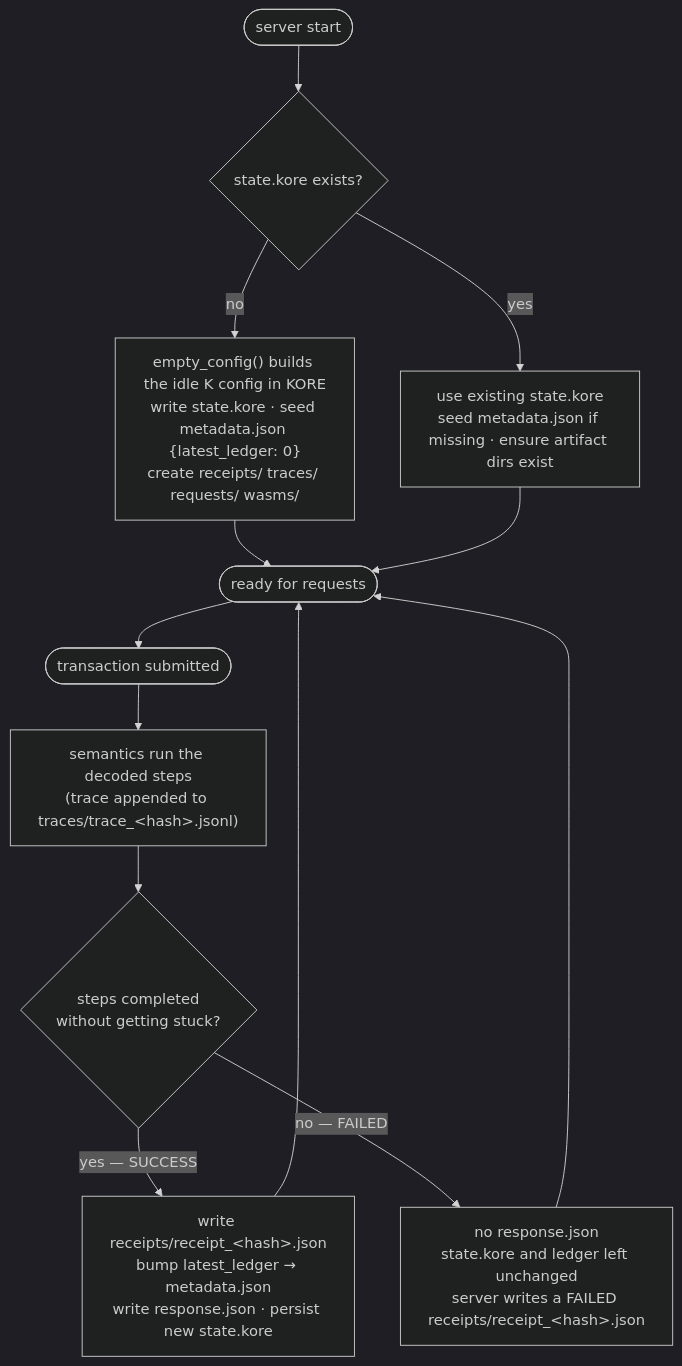
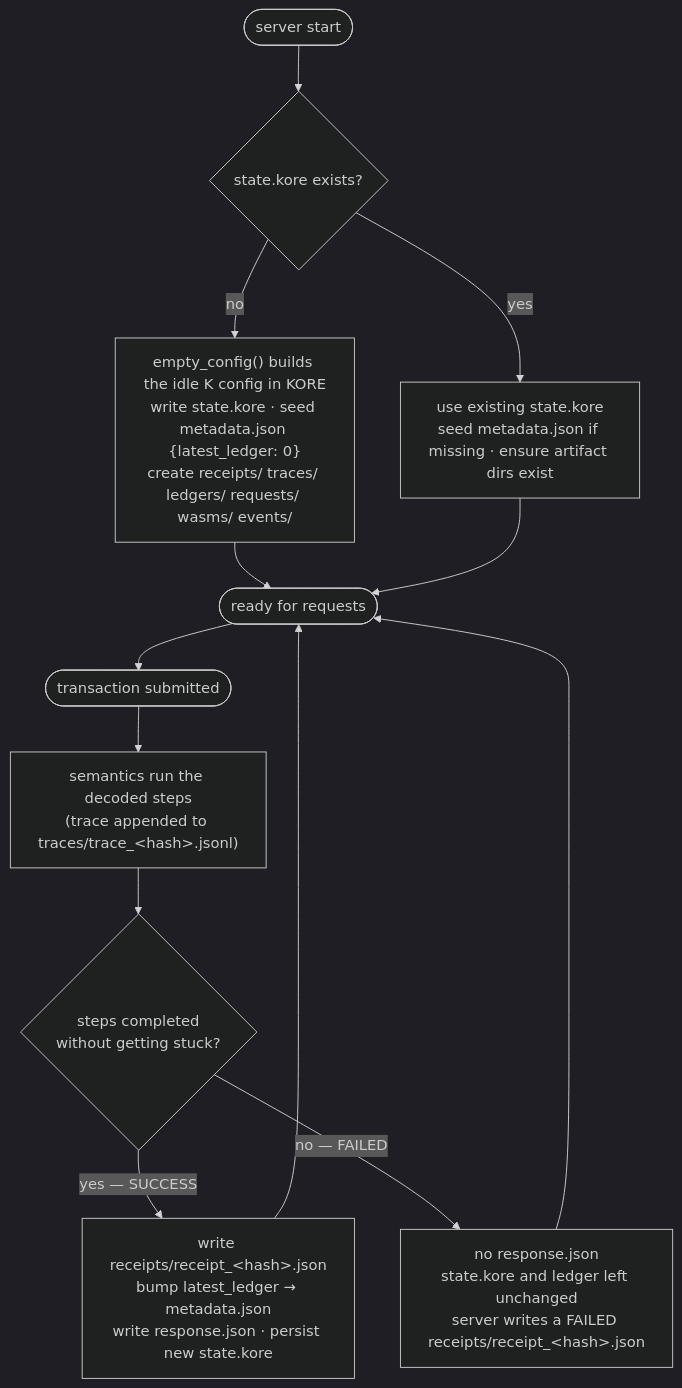
Before and after one commit to runtimeverification/komet-node: the second of 3 diagrams in docs/architecture.md, drawn with Mermaid (dark theme). The commit also changed other lines of this file and 6 other files, not shown here.

````diff
--- a/docs/architecture.md
+++ b/docs/architecture.md
@@ -106,16 +112,16 @@
 ```mermaid
 flowchart TB
     boot(["server start"]) --> exists{"state.kore exists?"}
-    exists -->|"no"| init["empty_config() builds the idle K config in KORE<br/>write state.kore · seed metadata.json {latest_ledger: 0}<br/>create receipts/ traces/ requests/ wasms/"]
+    exists -->|"no"| init["empty_config() builds the idle K config in KORE<br/>write state.kore · seed metadata.json {latest_ledger: 0}<br/>create receipts/ traces/ ledgers/ requests/ wasms/ events/"]
     exists -->|"yes"| reuse["use existing state.kore<br/>seed metadata.json if missing · ensure artifact dirs exist"]
     init --> ready(["ready for requests"])
     reuse --> ready
 
     ready --> tx(["transaction submitted"])
     tx --> run["semantics run the decoded steps<br/>(trace appended to traces/trace_&lt;hash&gt;.jsonl)"]
     run --> stuck{"steps completed<br/>without getting stuck?"}
     stuck -->|"yes — SUCCESS"| ok["write receipts/receipt_&lt;hash&gt;.json<br/>bump latest_ledger → metadata.json<br/>write response.json · persist new state.kore"]
     stuck -->|"no — FAILED"| fail["no response.json<br/>state.kore and ledger left unchanged<br/>server writes a FAILED receipts/receipt_&lt;hash&gt;.json"]
     ok --> ready
     fail --> ready
 ```
````
